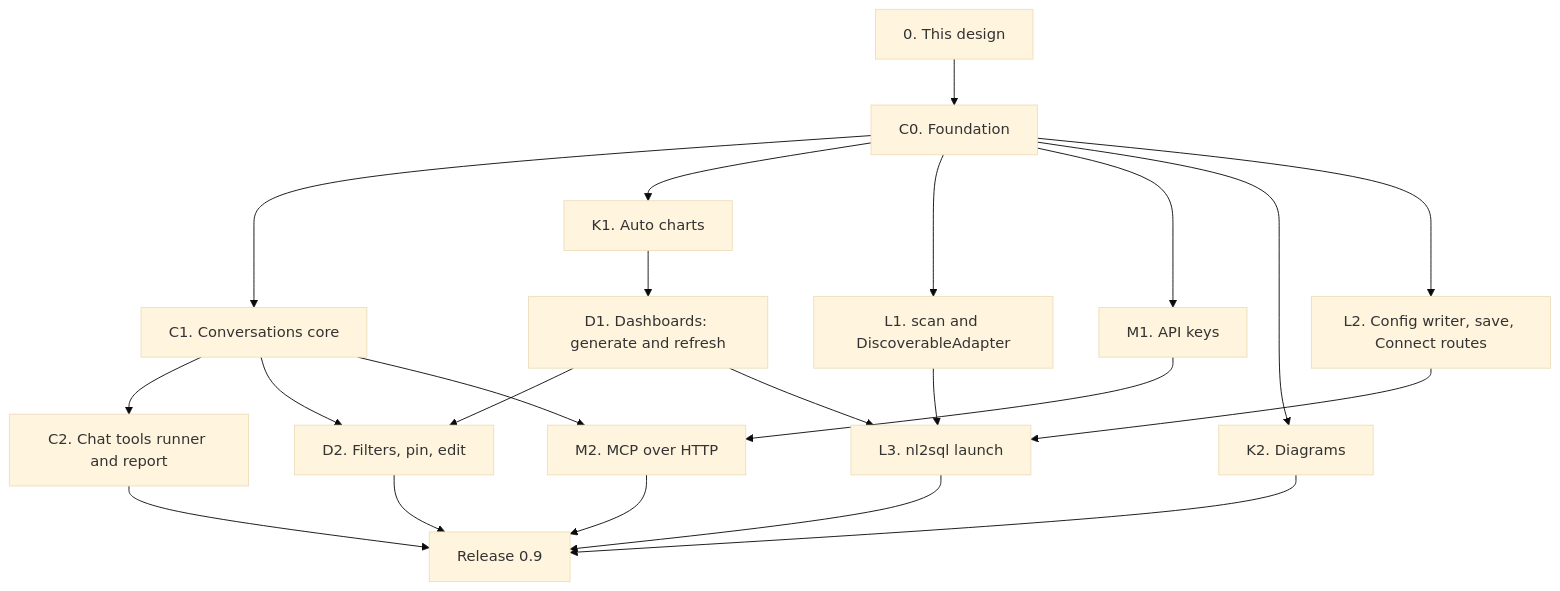
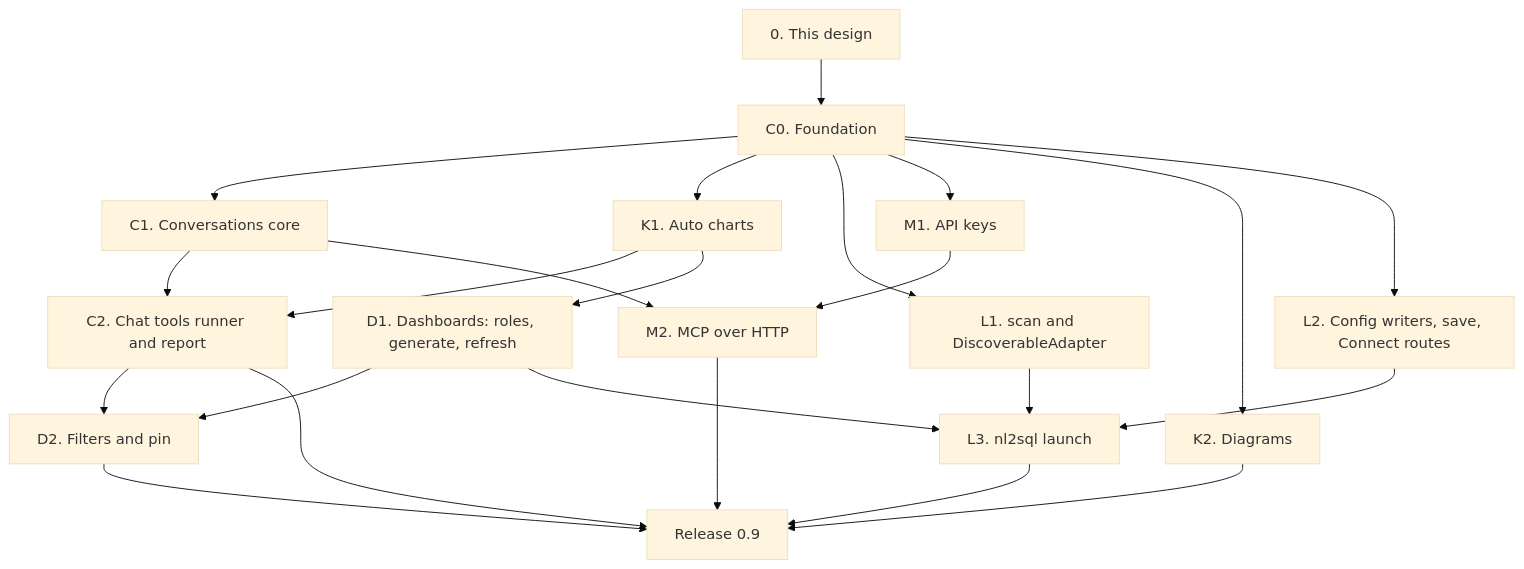
The fourth of 4 diagrams in docs/architecture/wave_c.md (nadeem4/nl2sql), drawn with Mermaid (base theme) before and after one commit. The commit also changed other lines of this file, not shown here.

Commit message:
docs(architecture): Wave C design, review fixes and alignment with Waves A and B

````diff
--- a/docs/architecture/wave_c.md
+++ b/docs/architecture/wave_c.md
@@ -1035,24 +1143,25 @@
 ```mermaid
 flowchart TD
   D["0. This design"] --> C0["C0. Foundation"]
   C0 --> C1["C1. Conversations core"]
   C0 --> K1["K1. Auto charts"]
   C0 --> L1["L1. scan and DiscoverableAdapter"]
   C0 --> M1["M1. API keys"]
   C1 --> C2["C2. Chat tools runner and report"]
+  K1 --> C2
   C0 --> K2["K2. Diagrams"]
-  K1 --> D1["D1. Dashboards: generate and refresh"]
-  C0 --> L2["L2. Config writer, save, Connect routes"]
-  D1 --> D2["D2. Filters, pin, edit"]
-  C1 --> D2
+  K1 --> D1["D1. Dashboards: roles, generate, refresh"]
+  C0 --> L2["L2. Config writers, save, Connect routes"]
+  D1 --> D2["D2. Filters and pin"]
+  C2 --> D2
   L1 --> L3["L3. nl2sql launch"]
   L2 --> L3
   D1 --> L3
   M1 --> M2["M2. MCP over HTTP"]
   C1 --> M2
   C2 --> REL["Release 0.9"]
   K2 --> REL
   D2 --> REL
   L3 --> REL
   M2 --> REL
 ```
````
